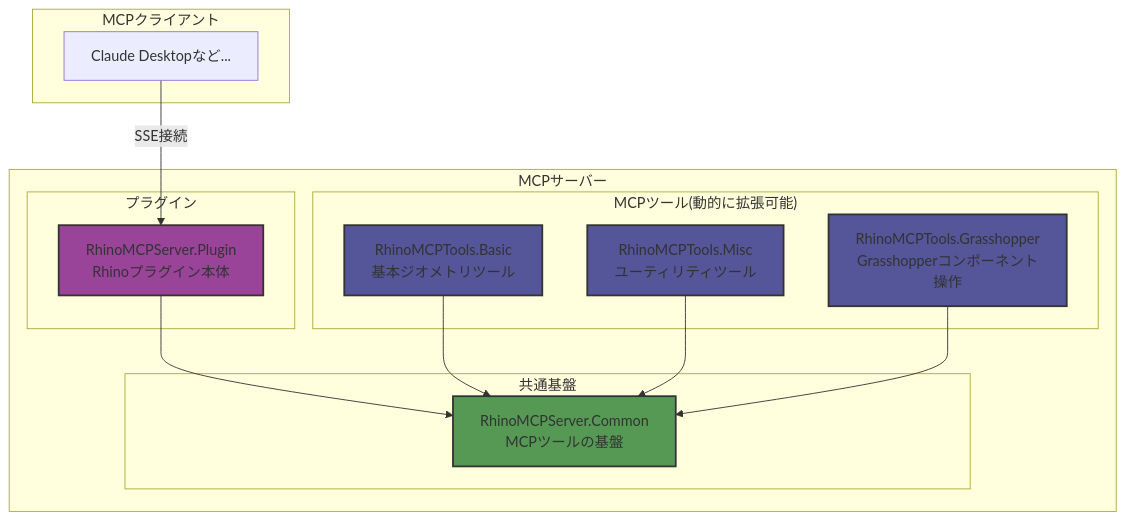
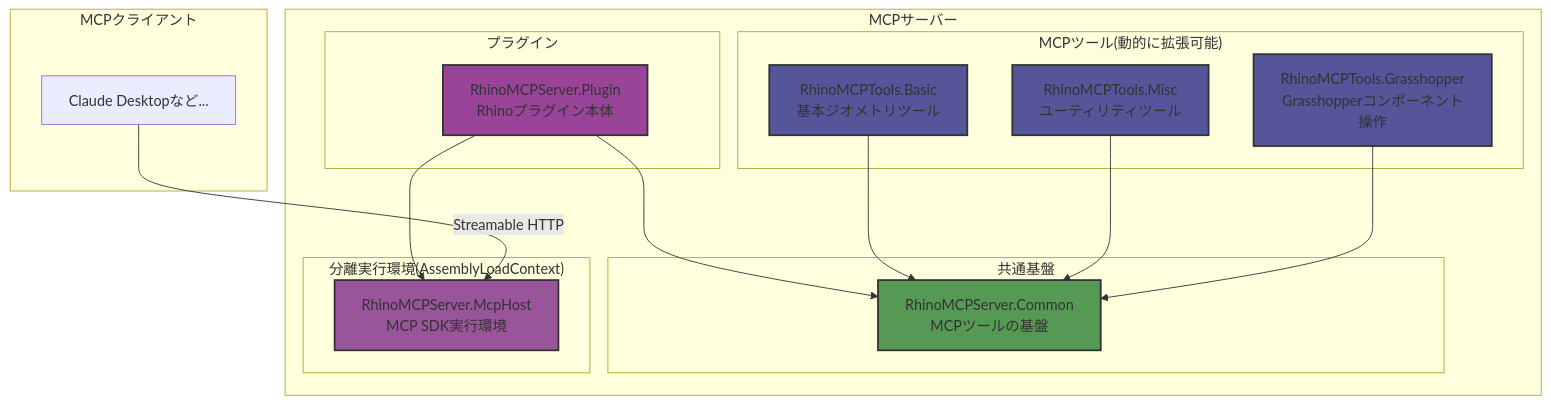
The diagram in README.ja.md (4kk11/RhinoMCPServer), drawn with Mermaid before and after one commit. The commit also changed other lines of this file and 2 other files, not shown here.

First line of the commit message:
Update: READMEをStreamable HTTP/AssemblyLoadContextアーキテクチャに更新

````diff
--- a/README.ja.md
+++ b/README.ja.md
@@ -19,36 +20,43 @@
 ```mermaid
 graph TB
     subgraph MCPクライアント
       X[Claude Desktopなど...]
     end
 
     subgraph MCPサーバー
       subgraph プラグイン
           A[RhinoMCPServer.Plugin<br>Rhinoプラグイン本体]
       end
 
       subgraph 共通基盤
           B[RhinoMCPServer.Common<br>MCPツールの基盤]
       end
 
+      subgraph "分離実行環境(AssemblyLoadContext)"
+          F[RhinoMCPServer.McpHost<br>MCP SDK実行環境]
+      end
+
       subgraph "MCPツール(動的に拡張可能)"
           C[RhinoMCPTools.Basic<br>基本ジオメトリツール]
           D[RhinoMCPTools.Misc<br>ユーティリティツール]
           E[RhinoMCPTools.Grasshopper<br>Grasshopperコンポーネント操作]
       end
     end
 
     A --> B
+    A --> F
     C --> B
     D --> B
     E --> B
-    X -->|"SSE接続"| A
+    X -->|"Streamable HTTP"| F
 
     classDef plugin fill:#949,stroke:#333,stroke-width:2px;
     classDef common fill:#595,stroke:#333,stroke-width:2px;
     classDef tools fill:#559,stroke:#333,stroke-width:2px;
+    classDef host fill:#959,stroke:#333,stroke-width:2px;
 
     class A plugin;
     class B common;
     class C,D,E tools;
+    class F host;
 ```
````
